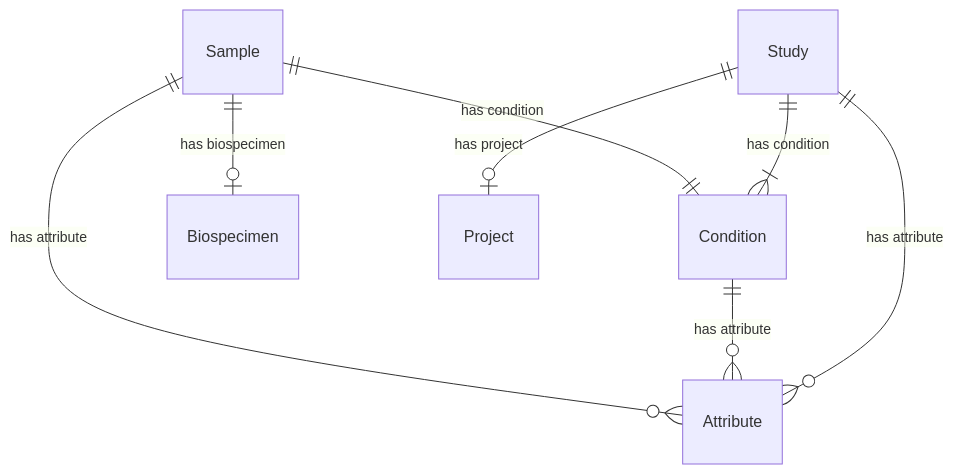
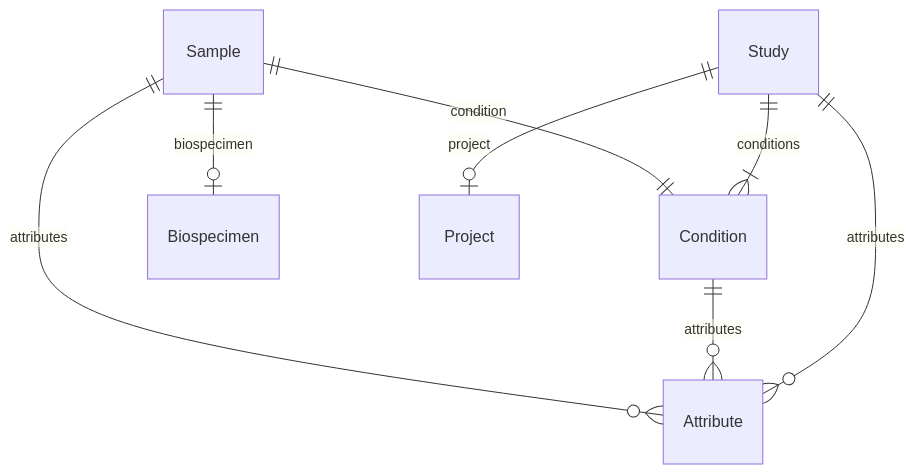
One commit to ghga-de/ghga-metadata-schema changed the fourth of 7 diagrams in docs/entity_relations.md. Above: the diagram before and after it, drawn with Mermaid. The commit also changed other lines of this file and 590 other files, not shown here.

````diff
--- a/docs/entity_relations.md
+++ b/docs/entity_relations.md
@@ -213,21 +207,21 @@
 ```mermaid
 erDiagram
 Sample {
 
 }
 Condition {
 
 }
 Study {
 
 }
 
-Sample ||--|o Biospecimen : "has biospecimen"
-Sample ||--|| Condition : "has condition"
-Sample ||--}o Attribute : "has attribute"
-Condition ||--}o Attribute : "has attribute"
-Study ||--|o Project : "has project"
-Study ||--}| Condition : "has condition"
-Study ||--}o Attribute : "has attribute"
+Sample ||--|o Biospecimen : "biospecimen"
+Sample ||--|| Condition : "condition"
+Sample ||--}o Attribute : "attributes"
+Condition ||--}o Attribute : "attributes"
+Study ||--|o Project : "project"
+Study ||--}| Condition : "conditions"
+Study ||--}o Attribute : "attributes"
 
 ```
````
